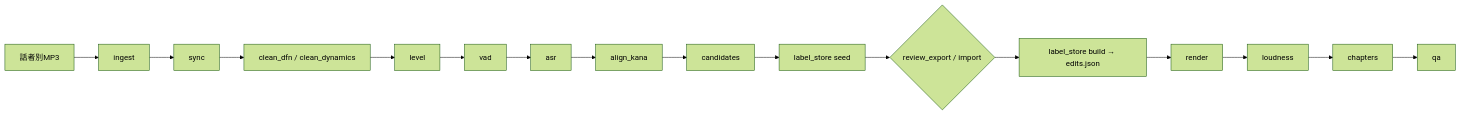
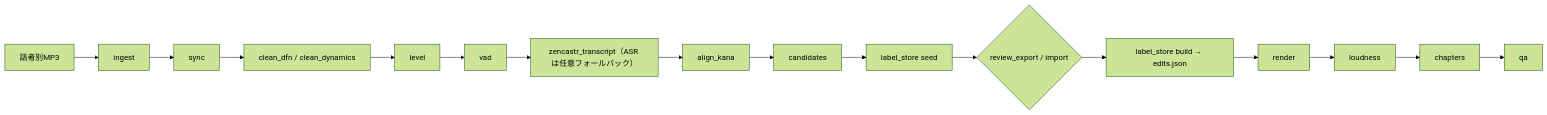
The diagram in README.md (Spice-Z/podcast-kitchen), drawn with Mermaid (forest theme) before and after one commit. The commit also changed other lines of this file and 2 other files, not shown here.

Commit message:
docs/skills: Zencastr transcript is the primary text source

````diff
--- a/README.md
+++ b/README.md
@@ -8,6 +8,6 @@
 ```mermaid
 flowchart LR
-  Z[話者別MP3] --> I[ingest] --> S[sync] --> C[clean_dfn / clean_dynamics] --> L[level] --> V[vad] --> A[asr] --> K[align_kana]
+  Z[話者別MP3] --> I[ingest] --> S[sync] --> C[clean_dfn / clean_dynamics] --> L[level] --> V[vad] --> A[zencastr_transcript（ASR は任意フォールバック）] --> K[align_kana]
   K --> D[candidates] --> B[label_store seed] --> H{review_export / import}
   H --> E[label_store build → edits.json] --> R[render] --> N[loudness] --> P[chapters] --> Q[qa]
 ```
````
